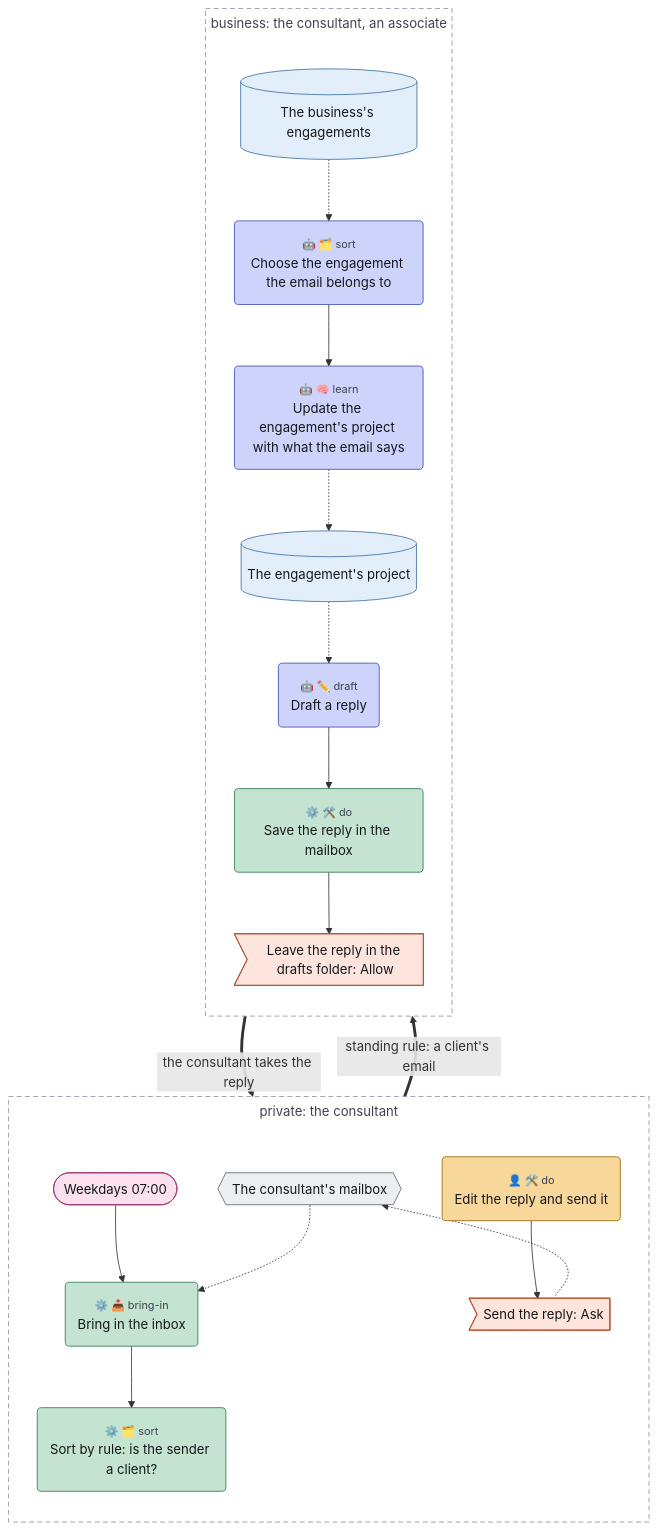
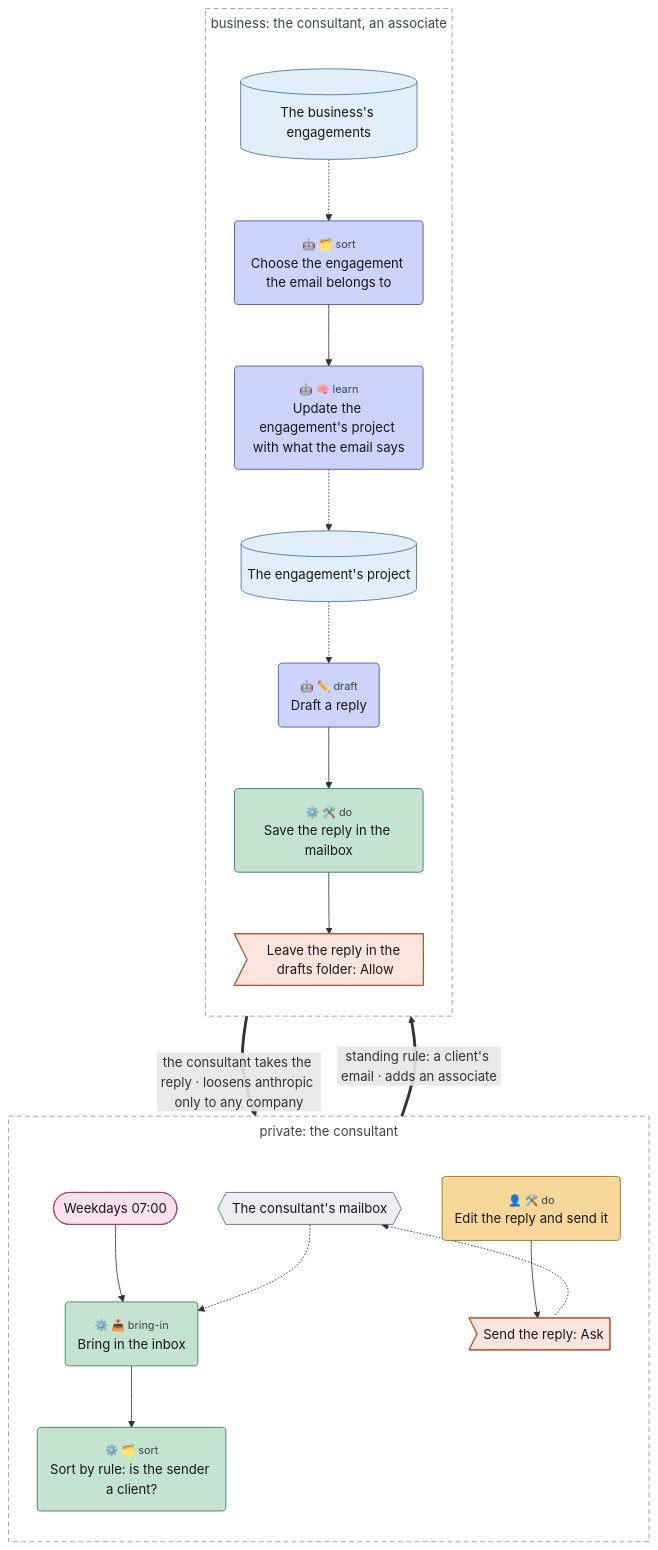
The diagram in plugins/awml/skills/awml/references/examples/client-email.mmd (chrismdp/awml), drawn with Mermaid before and after one commit. The commit also changed 50 other files, not shown here.

```diff
--- a/plugins/awml/skills/awml/references/examples/client-email.mmd
+++ b/plugins/awml/skills/awml/references/examples/client-email.mmd
@@ -1,64 +1,64 @@
 ---
 config:
   theme: default
   fontFamily: Inter, sans-serif
   flowchart:
     useMaxWidth: false
     subGraphTitleMargin:
       top: 6
       bottom: 30
 ---
 flowchart TB
   subgraph private["private#58; the consultant"]
     direction TB
     mailbox{{"The consultant#39;s mailbox"}}
     weekdays(["Weekdays 07#58;00"])
     bring("<small style='color:rgb(61,67,79)'>⚙️ 📥 bring-in</small><br>Bring in the inbox")
     rules("<small style='color:rgb(61,67,79)'>⚙️ 🗂️ sort</small><br>Sort by rule#58; is the sender a client#63;")
     edit("<small style='color:rgb(61,67,79)'>👤 🛠️ do</small><br>Edit the reply and send it")
     send>"Send the reply#58; Ask"]
   end
   subgraph business["business#58; the consultant#44; an associate"]
     direction TB
     engagements[("The business#39;s engagements")]
     choose("<small style='color:rgb(61,67,79)'>🤖 🗂️ sort</small><br>Choose the engagement the email belongs to")
     learn("<small style='color:rgb(61,67,79)'>🤖 🧠 learn</small><br>Update the engagement#39;s project with what the email says")
     project[("The engagement#39;s project")]
     draft("<small style='color:rgb(61,67,79)'>🤖 ✏️ draft</small><br>Draft a reply")
     save("<small style='color:rgb(61,67,79)'>⚙️ 🛠️ do</small><br>Save the reply in the mailbox")
     saved>"Leave the reply in the drafts folder#58; Allow"]
   end
 
   weekdays --> bring
   mailbox -.-> bring
   bring --> rules
-  rules ==>|"standing rule#58; a client#39;s email"| choose
+  rules ==>|"standing rule#58; a client#39;s email · adds an associate"| choose
   engagements -.-> choose
   choose --> learn
   learn -.-> project
   project -.-> draft
   draft --> save
   save --> saved
-  saved ==>|"the consultant takes the reply"| edit
+  saved ==>|"the consultant takes the reply · loosens anthropic only to any company"| edit
   edit --> send
   mailbox <-.-> send
   classDef trig fill:#fbe1ee,stroke:#a33a74,color:#16171b
   classDef ctx fill:#e2eef9,stroke:#3d6fa3,color:#16171b
   classDef con fill:#eceef2,stroke:#5d6472,color:#16171b
   classDef surf fill:#ffffff,stroke:#2a2d35,stroke-width:1.5px,color:#16171b
   classDef out fill:#fde4dc,stroke:#b5532f,color:#16171b
   classDef ai fill:#cdd3fb,stroke:#3b4bb0,color:#16171b
   classDef code fill:#c4e3d1,stroke:#2b7a4f,color:#16171b
   classDef person fill:#f7d79a,stroke:#9a6100,color:#16171b
   classDef uml fill:#16171b,stroke:#16171b,color:#16171b
   classDef gap fill:#ffffff,stroke:#8a93a3,stroke-dasharray:4 3,color:#6b7280
   class weekdays trig
   class engagements,project ctx
   class mailbox con
   class saved,send out
   class choose,learn,draft ai
   class bring,rules,save code
   class edit person
   style private fill:transparent,stroke:#8a93a3,stroke-dasharray:6 4,color:#3d434f
   style business fill:transparent,stroke:#8a93a3,stroke-dasharray:6 4,color:#3d434f
   linkStyle 12 marker-end:none
```
